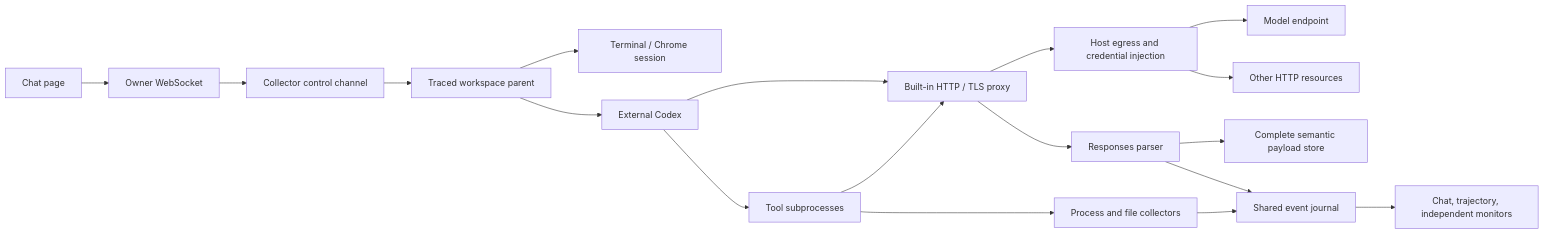
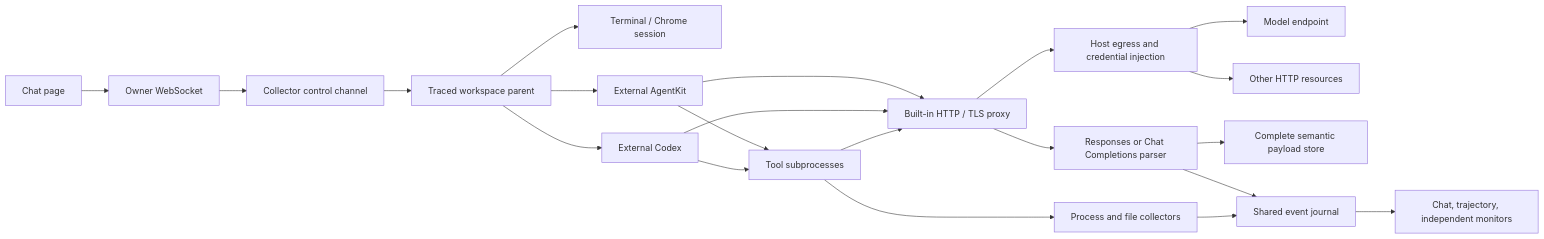
The diagram in docs/agent-task-design.md (nullptrpanic/AgentTomo), drawn with Mermaid before and after one commit. The commit also changed other lines of this file and 44 other files, not shown here.

First line of the commit message:
feat(playground): integrate AgentKit with shared security samples

````diff
--- a/docs/agent-task-design.md
+++ b/docs/agent-task-design.md
@@ -13,20 +13,23 @@
 ```mermaid
 flowchart LR
     Chat[Chat page] --> WS[Owner WebSocket]
     WS --> Collector[Collector control channel]
     Collector --> Workspace[Traced workspace parent]
     Workspace --> Shell[Terminal / Chrome session]
     Workspace --> Codex[External Codex]
+    Workspace --> AgentKit[External AgentKit]
+    AgentKit --> Proxy
+    AgentKit --> Tools
     Codex --> Tools[Tool subprocesses]
     Codex --> Proxy[Built-in HTTP / TLS proxy]
     Tools --> Proxy
     Proxy --> Egress[Host egress and credential injection]
     Egress --> Model[Model endpoint]
     Egress --> Resources[Other HTTP resources]
-    Proxy --> Semantic[Responses parser]
+    Proxy --> Semantic[Responses or Chat Completions parser]
     Semantic --> Payloads[Complete semantic payload store]
     Semantic --> Journal[Shared event journal]
     Tools --> Tracer[Process and file collectors]
     Tracer --> Journal
     Journal --> Views[Chat, trajectory, independent monitors]
 ```
````
